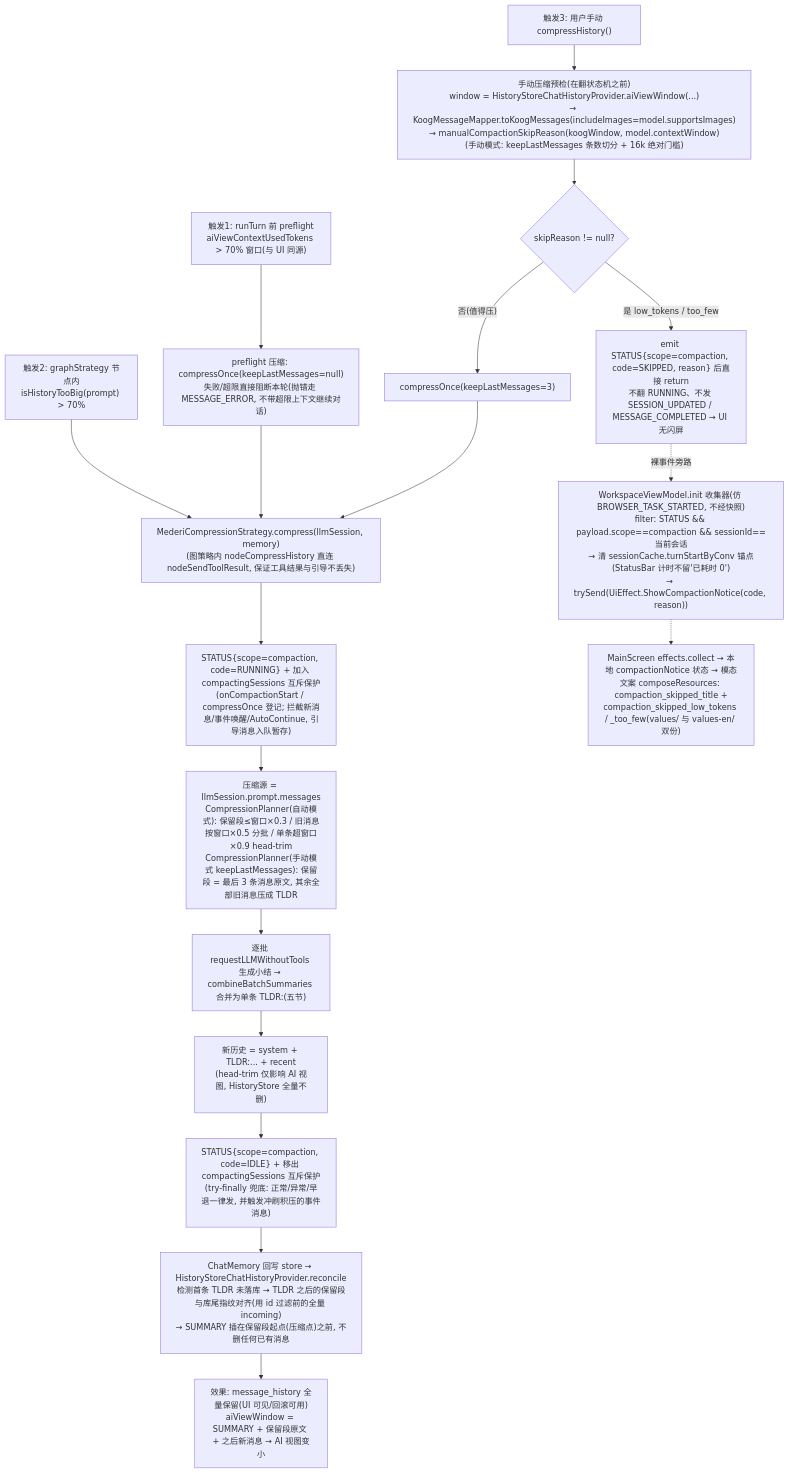
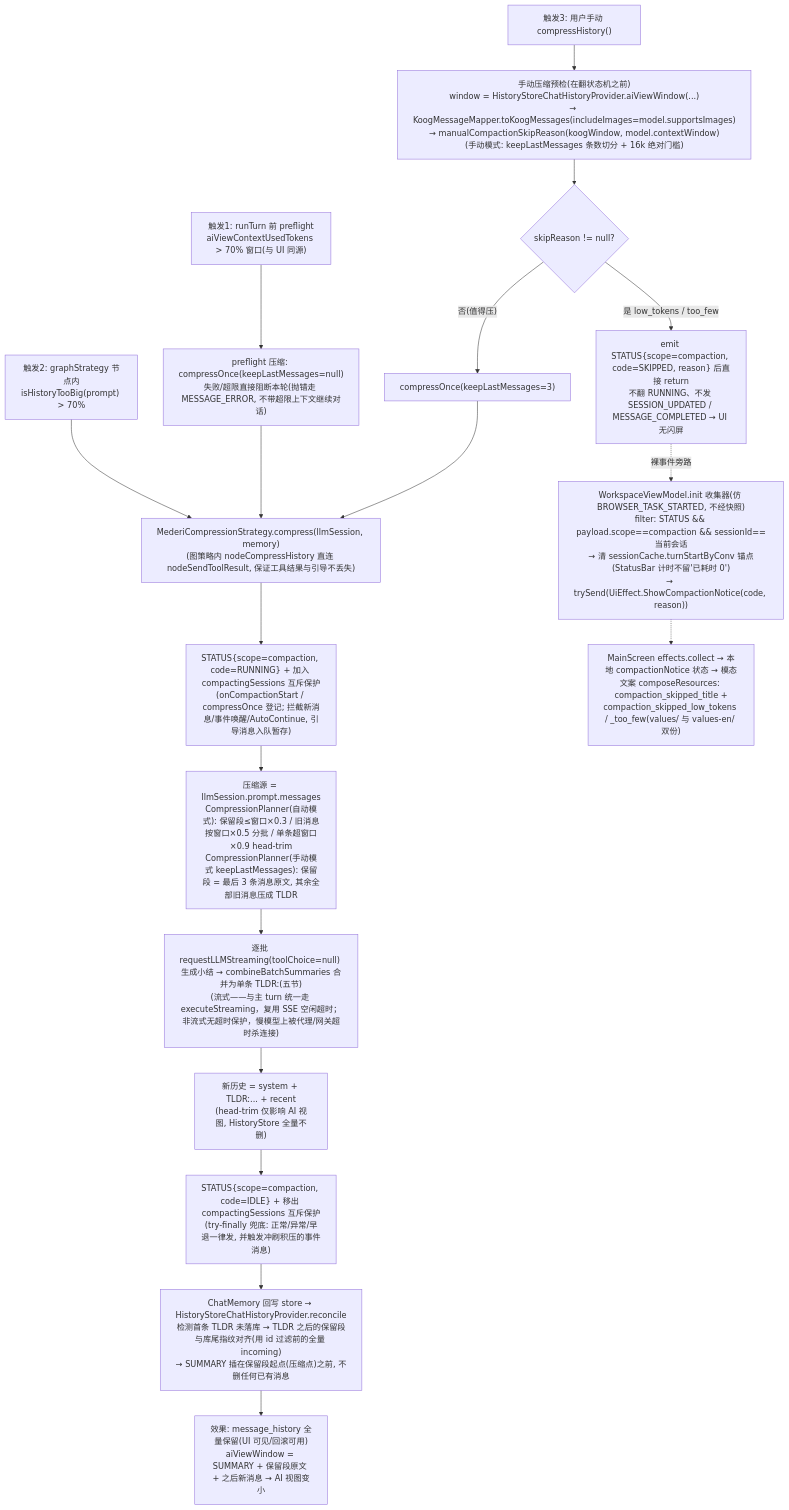
Before and after one commit to lzdev42/mederi: diagram 12 of 47 in docs/architecture/04-flows.md, drawn with Mermaid. The commit also changed other lines of this file and 391 other files, not shown here.

````diff
--- a/docs/architecture/04-flows.md
+++ b/docs/architecture/04-flows.md
@@ -351,22 +421,22 @@
 ```mermaid
 flowchart TD
     A["触发1: runTurn 前 preflight<br/>aiViewContextUsedTokens > 70% 窗口(与 UI 同源)"]
     B["触发2: graphStrategy 节点内<br/>isHistoryTooBig(prompt) > 70%"]
     C["触发3: 用户手动 compressHistory()"]
     A --> P1["preflight 压缩: compressOnce(keepLastMessages=null)<br/>失败/超限直接阻断本轮(抛错走 MESSAGE_ERROR, 不带超限上下文继续对话)"]
     B --> D["MederiCompressionStrategy.compress(llmSession, memory)<br/>(图策略内 nodeCompressHistory 直连 nodeSendToolResult, 保证工具结果与引导不丢失)"]
     C --> P["手动压缩预检(在翻状态机之前)<br/>window = HistoryStoreChatHistoryProvider.aiViewWindow(...)<br/>→ KoogMessageMapper.toKoogMessages(includeImages=model.supportsImages)<br/>→ manualCompactionSkipReason(koogWindow, model.contextWindow)<br/>(手动模式: keepLastMessages 条数切分 + 16k 绝对门槛)"]
     P --> S{"skipReason != null?"}
     S -- "否(值得压)" --> P2["compressOnce(keepLastMessages=3)"]
     P1 & P2 --> D
     S -- "是 low_tokens / too_few" --> X["emit STATUS{scope=compaction, code=SKIPPED, reason} 后直接 return<br/>不翻 RUNNING、不发 SESSION_UPDATED / MESSAGE_COMPLETED → UI 无闪屏"]
     X -. 裸事件旁路.-> U["WorkspaceViewModel.init 收集器(仿 BROWSER_TASK_STARTED, 不经快照)<br/>filter: STATUS && payload.scope==compaction && sessionId==当前会话<br/>→ 清 sessionCache.turnStartByConv 锚点(StatusBar 计时不留'已耗时 0')<br/>→ trySend(UiEffect.ShowCompactionNotice(code, reason))"]
     U -.-> V["MainScreen effects.collect → 本地 compactionNotice 状态 → 模态<br/>文案 composeResources: compaction_skipped_title +<br/>compaction_skipped_low_tokens / _too_few(values/ 与 values-en/ 双份)"]
     D --> D1["STATUS{scope=compaction, code=RUNNING} + 加入 compactingSessions 互斥保护<br/>(onCompactionStart / compressOnce 登记; 拦截新消息/事件唤醒/AutoContinue, 引导消息入队暂存)"]
     D1 --> E["压缩源 = llmSession.prompt.messages<br/>CompressionPlanner(自动模式): 保留段≤窗口×0.3 / 旧消息按窗口×0.5 分批 / 单条超窗口×0.9 head-trim<br/>CompressionPlanner(手动模式 keepLastMessages): 保留段 = 最后 3 条消息原文, 其余全部旧消息压成 TLDR"]
-    E --> F["逐批 requestLLMWithoutTools 生成小结 → combineBatchSummaries 合并为单条 TLDR:(五节)"]
+    E --> F["逐批 requestLLMStreaming(toolChoice=null) 生成小结 → combineBatchSummaries 合并为单条 TLDR:(五节)<br/>(流式——与主 turn 统一走 executeStreaming，复用 SSE 空闲超时；非流式无超时保护，慢模型上被代理/网关超时杀连接)"]
     F --> G["新历史 = system + TLDR:... + recent<br/>(head-trim 仅影响 AI 视图, HistoryStore 全量不删)"]
     G --> H1["STATUS{scope=compaction, code=IDLE} + 移出 compactingSessions 互斥保护<br/>(try-finally 兜底: 正常/异常/早退一律发, 并触发冲刷积压的事件消息)"]
     H1 --> H["ChatMemory 回写 store → HistoryStoreChatHistoryProvider.reconcile<br/>检测首条 TLDR 未落库 → TLDR 之后的保留段与库尾指纹对齐(用 id 过滤前的全量 incoming)<br/>→ SUMMARY 插在保留段起点(压缩点)之前, 不删任何已有消息"]
     H --> I["效果: message_history 全量保留(UI 可见/回滚可用)<br/>aiViewWindow = SUMMARY + 保留段原文 + 之后新消息 → AI 视图变小"]
 ```
````
